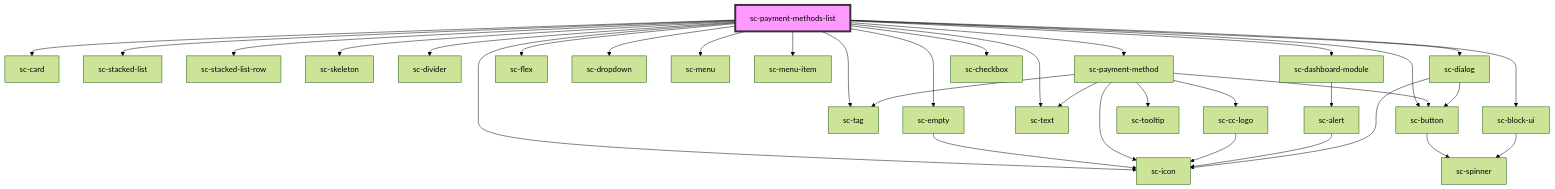
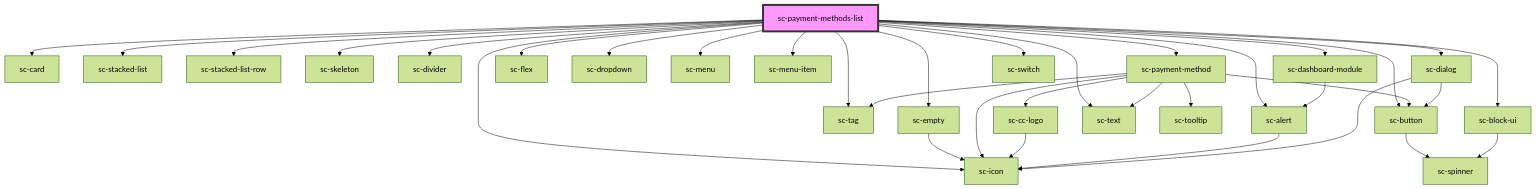
The diagram in packages/components/src/components/controllers/dashboard/payment-methods-list/readme.md (surecart/surecart-wp-plugin), drawn with Mermaid (forest theme) before and after one commit. The commit also changed other lines of this file and 5 other files, not shown here.

````diff
--- a/packages/components/src/components/controllers/dashboard/payment-methods-list/readme.md
+++ b/packages/components/src/components/controllers/dashboard/payment-methods-list/readme.md
@@ -42,37 +43,38 @@
 ```mermaid
 graph TD;
   sc-payment-methods-list --> sc-card
   sc-payment-methods-list --> sc-stacked-list
   sc-payment-methods-list --> sc-stacked-list-row
   sc-payment-methods-list --> sc-skeleton
   sc-payment-methods-list --> sc-divider
   sc-payment-methods-list --> sc-empty
   sc-payment-methods-list --> sc-payment-method
   sc-payment-methods-list --> sc-flex
   sc-payment-methods-list --> sc-tag
   sc-payment-methods-list --> sc-dropdown
   sc-payment-methods-list --> sc-icon
   sc-payment-methods-list --> sc-menu
   sc-payment-methods-list --> sc-menu-item
   sc-payment-methods-list --> sc-dashboard-module
   sc-payment-methods-list --> sc-button
   sc-payment-methods-list --> sc-dialog
+  sc-payment-methods-list --> sc-alert
+  sc-payment-methods-list --> sc-switch
+  sc-payment-methods-list --> sc-block-ui
   sc-payment-methods-list --> sc-text
-  sc-payment-methods-list --> sc-checkbox
-  sc-payment-methods-list --> sc-block-ui
   sc-empty --> sc-icon
   sc-payment-method --> sc-tooltip
   sc-payment-method --> sc-button
   sc-payment-method --> sc-icon
   sc-payment-method --> sc-tag
   sc-payment-method --> sc-cc-logo
   sc-payment-method --> sc-text
   sc-button --> sc-spinner
   sc-cc-logo --> sc-icon
   sc-dashboard-module --> sc-alert
   sc-alert --> sc-icon
   sc-dialog --> sc-button
   sc-dialog --> sc-icon
   sc-block-ui --> sc-spinner
   style sc-payment-methods-list fill:#f9f,stroke:#333,stroke-width:4px
 ```
````
